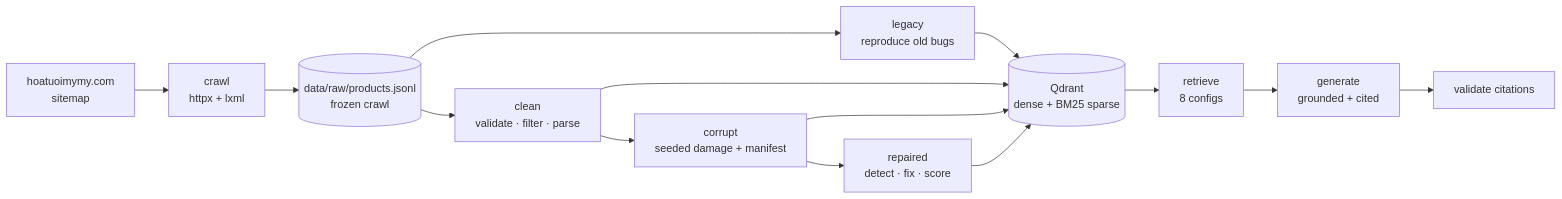
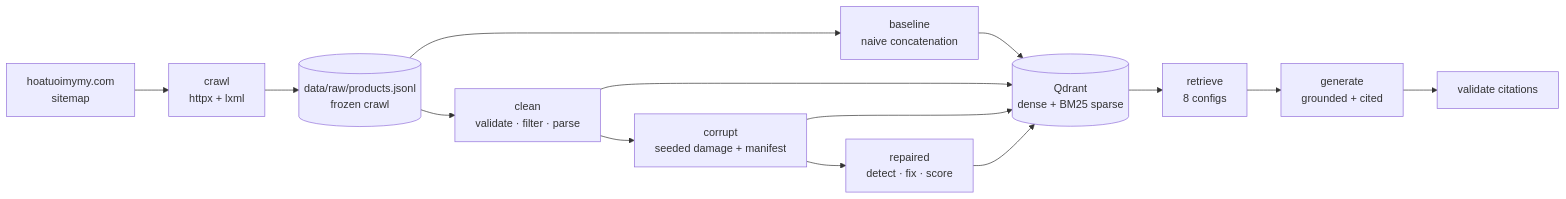
One commit to vuhuyng04/RAG_Project changed the diagram in README.md. Above: the diagram before and after it, drawn with Mermaid. The commit also changed other lines of this file and 57 other files, not shown here.

````diff
--- a/README.md
+++ b/README.md
@@ -39,13 +38,13 @@
 ```mermaid
 graph LR
     A[hoatuoimymy.com<br/>sitemap] --> B[crawl<br/>httpx + lxml]
     B --> C[(data/raw/products.jsonl<br/>frozen crawl)]
-    C --> L[legacy<br/>reproduce old bugs]
+    C --> L[baseline<br/>naive concatenation]
     C --> D[clean<br/>validate · filter · parse]
     D --> E[corrupt<br/>seeded damage + manifest]
     E --> F[repaired<br/>detect · fix · score]
     L & D & E & F --> G[(Qdrant<br/>dense + BM25 sparse)]
     G --> H[retrieve<br/>8 configs]
     H --> I[generate<br/>grounded + cited]
     I --> J[validate citations]
 ```
````
